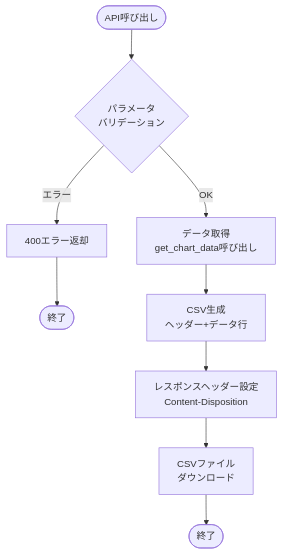
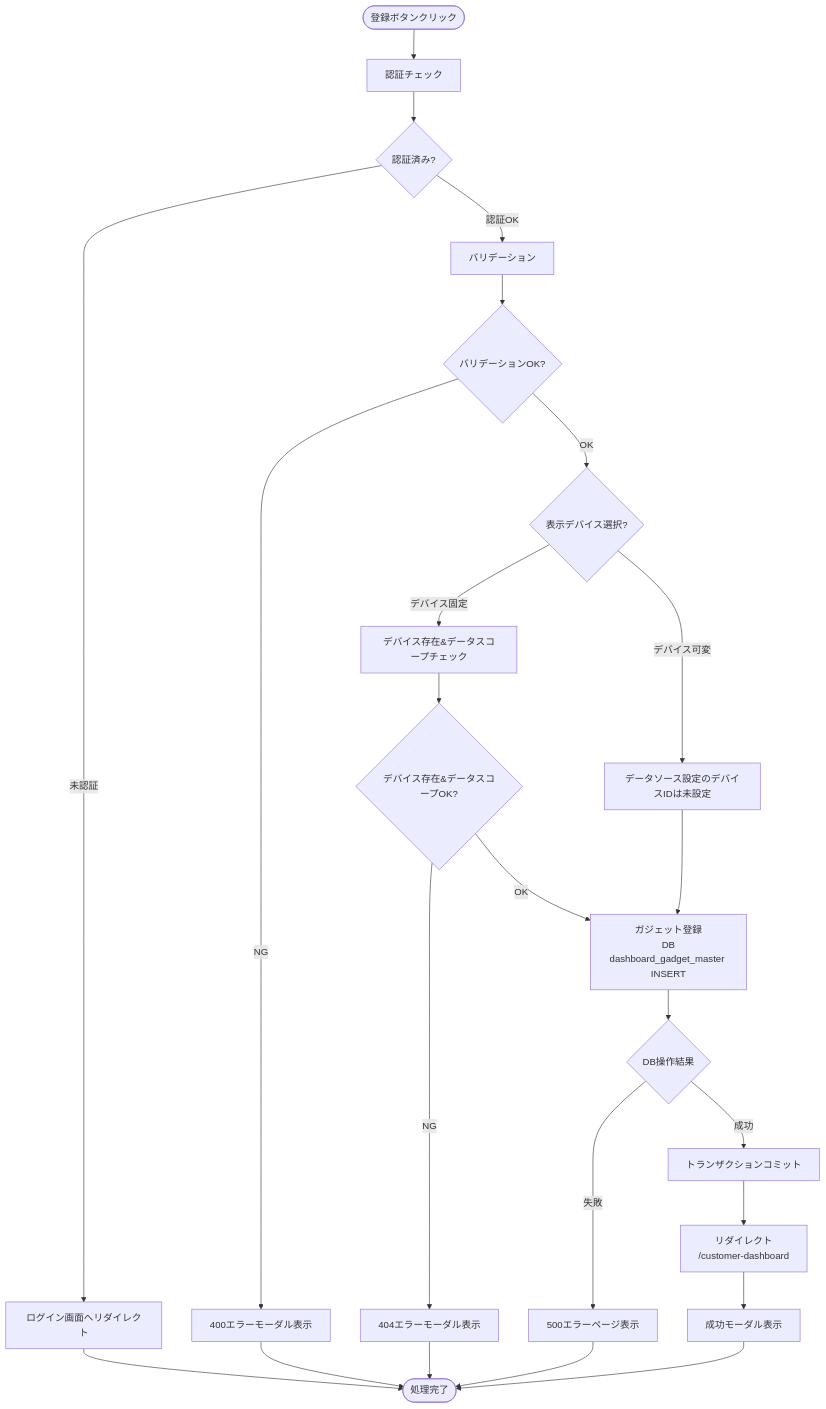
One commit to NSW-SVCP-AIWG002/Databricks-IoT changed the third of 4 diagrams in docs/03-features/flask-app/customer-dashboard/bar-chart/workflow-specification.md. Above: the diagram before and after it, drawn with Mermaid. The commit also changed other lines of this file and 7 other files, not shown here.

````diff
--- a/docs/03-features/flask-app/customer-dashboard/bar-chart/workflow-specification.md
+++ b/docs/03-features/flask-app/customer-dashboard/bar-chart/workflow-specification.md
@@ -915,16 +832,33 @@
 ```mermaid
 flowchart TD
-    Start([API呼び出し]) --> Validate{パラメータ<br>バリデーション}
+    Start([登録ボタンクリック]) --> Auth[認証チェック]
+    Auth --> CheckAuth{認証済み?}
+    CheckAuth -->|未認証| LoginRedirect[ログイン画面へリダイレクト]
+    CheckAuth -->|認証OK| Validate[バリデーション]
 
-    Validate -->|エラー| Return400[400エラー返却]
-    Return400 --> End1([終了])
+    Validate --> CheckValidate{バリデーションOK?}
+    CheckValidate -->|NG| Error400[400エラーモーダル表示]
+    CheckValidate -->|OK| ChekcDeviceMode{表示デバイス選択?}
 
-    Validate -->|OK| FetchData[データ取得<br>get_chart_data呼び出し]
+    ChekcDeviceMode -->|デバイス固定| DeviceQuery[デバイス存在&データスコープチェック]
+    ChekcDeviceMode -->|デバイス可変| NotSetDeviceId[データソース設定のデバイスIDは未設定]
 
-    FetchData --> GenerateCSV[CSV生成<br>ヘッダー+データ行]
+    NotSetDeviceId --> Insert[ガジェット登録<br> DB dashboard_gadget_master INSERT]
 
-    GenerateCSV --> SetHeaders[レスポンスヘッダー設定<br>Content-Disposition]
+    DeviceQuery --> CheckDeviceQuery{デバイス存在&データスコープOK?}
+    CheckDeviceQuery -->|NG| Error404[404エラーモーダル表示]
+    CheckDeviceQuery -->|OK| Insert
 
-    SetHeaders --> Download[CSVファイル<br>ダウンロード]
-    Download --> End2([終了])
+    Insert --> CheckInsert{DB操作結果}
+    CheckInsert -->|失敗| Error500[500エラーページ表示]
+    CheckInsert -->|成功| Commit[トランザクションコミット]
+
+    Commit --> Redirect[リダイレクト<br>/customer-dashboard]
+    Redirect --> 200OK[成功モーダル表示]
+
+    LoginRedirect --> End([処理完了])
+    Error400 --> End
+    Error404 --> End
+    Error500 --> End
+    200OK --> End
 ```
````
